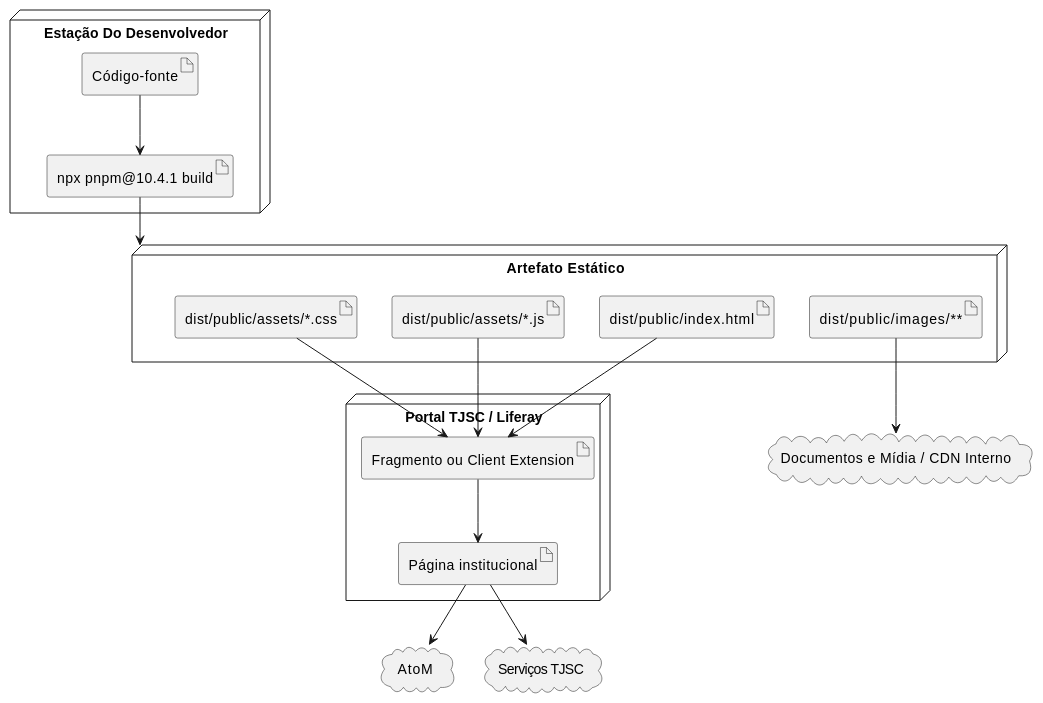
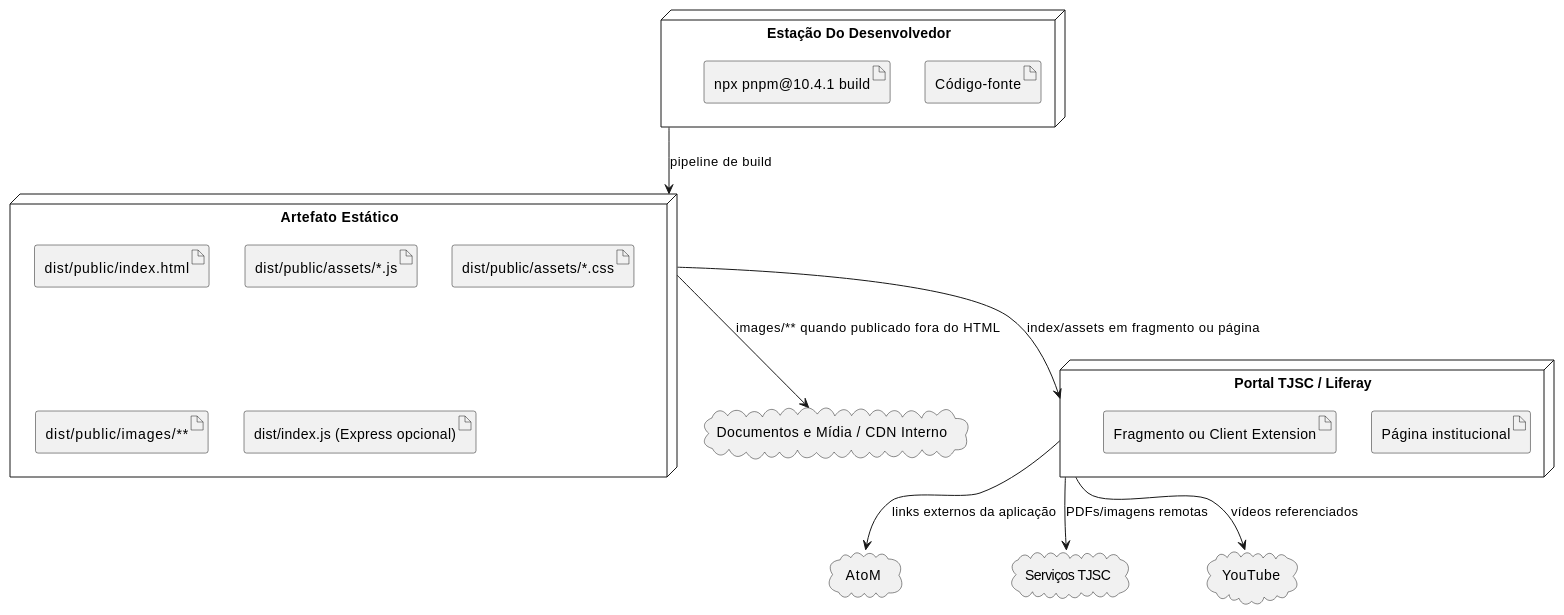
One commit to guilhermespamplona-prog/museu-tjsc changed the tenth of 13 diagrams in docs/arquitetura-uml.md. Above: the diagram before and after it, drawn with PlantUML. The commit also changed other lines of this file and 80 other files, not shown here.

````diff
--- a/docs/arquitetura-uml.md
+++ b/docs/arquitetura-uml.md
@@ -672,35 +702,33 @@
 ```plantuml
 @startuml
 node "Estação Do Desenvolvedor" as DevMachine {
-  artifact "Código-fonte" as SourceCode
-  artifact "npx pnpm@10.4.1 build" as BuildCommand
+  artifact "Código-fonte"
+  artifact "npx pnpm@10.4.1 build"
 }
 
 node "Artefato Estático" as Dist {
-  artifact "dist/public/index.html" as Index
-  artifact "dist/public/assets/*.js" as Js
-  artifact "dist/public/assets/*.css" as Css
-  artifact "dist/public/images/**" as Images
+  artifact "dist/public/index.html"
+  artifact "dist/public/assets/*.js"
+  artifact "dist/public/assets/*.css"
+  artifact "dist/public/images/**"
+  artifact "dist/index.js (Express opcional)"
 }
 
 node "Portal TJSC / Liferay" as Liferay {
-  artifact "Página institucional" as Page
-  artifact "Fragmento ou Client Extension" as Fragment
+  artifact "Página institucional"
+  artifact "Fragmento ou Client Extension"
 }
 
 cloud "Documentos e Mídia / CDN Interno" as Media
 cloud "AtoM" as Atom
 cloud "Serviços TJSC" as TjscDocs
+cloud "YouTube" as YT
 
-SourceCode --> BuildCommand
-BuildCommand --> Dist
-Index --> Fragment
-Js --> Fragment
-Css --> Fragment
-Images --> Media
-Fragment --> Page
-Page --> Atom
-Page --> TjscDocs
-
+DevMachine --> Dist : pipeline de build
+Dist --> Liferay : index/assets em fragmento ou página
+Dist --> Media : images/** quando publicado fora do HTML
+Liferay --> Atom : links externos da aplicação
+Liferay --> TjscDocs : PDFs/imagens remotas
+Liferay --> YT : vídeos referenciados
 @enduml
 ```
````
